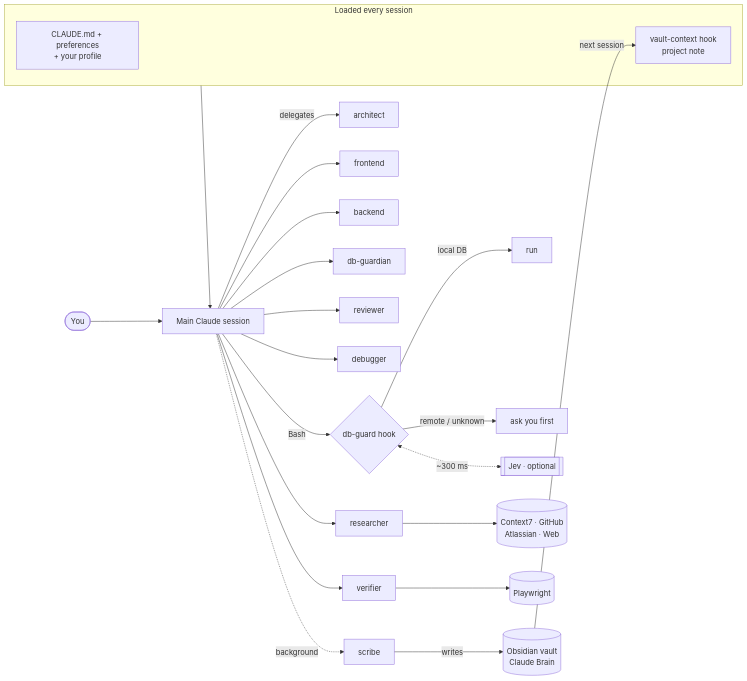
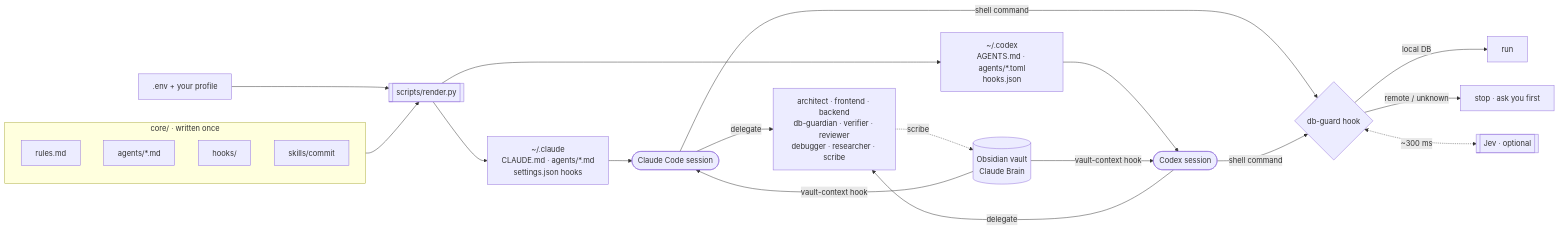
One commit to Dnowdd/My-AI-Agents-Architecture changed the first of 2 diagrams in README.md. Above: the diagram before and after it, drawn with Mermaid. The commit also changed other lines of this file, not shown here.

Commit message:
docs(readme): rename to my ai agents architecture and document codex support

````diff
--- a/README.md
+++ b/README.md
@@ -33,31 +35,26 @@
 ```mermaid
 flowchart LR
-    U([You]) --> M[Main Claude session]
+    subgraph Source["core/ · written once"]
+        R[rules.md]
+        AG[agents/*.md]
+        H[hooks/]
+        SK[skills/commit]
+    end
+    ENV[.env + your profile] --> RN
+    Source --> RN[[scripts/render.py]]
 
-    subgraph Context["Loaded every session"]
-        C[CLAUDE.md + preferences<br/>+ your profile]
-        V[vault-context hook<br/>project note]
-    end
-    Context --> M
+    RN --> CC["~/.claude<br/>CLAUDE.md · agents/*.md<br/>settings.json hooks"]
+    RN --> CX["~/.codex<br/>AGENTS.md · agents/*.toml<br/>hooks.json"]
 
-    M -->|delegates| A[architect]
-    M --> F[frontend]
-    M --> B[backend]
-    M --> D[db-guardian]
-    M --> VE[verifier]
-    M --> R[reviewer]
-    M --> DB[debugger]
-    M --> RS[researcher]
-    M -.->|background| S[scribe]
+    CC --> S1([Claude Code session])
+    CX --> S2([Codex session])
 
-    S -->|writes| OB[(Obsidian vault<br/>Claude Brain)]
-    OB -->|next session| V
+    S1 & S2 -->|delegate| SUB[architect · frontend · backend<br/>db-guardian · verifier · reviewer<br/>debugger · researcher · scribe]
+    SUB -.->|scribe| OB[(Obsidian vault<br/>Claude Brain)]
+    OB -->|vault-context hook| S1 & S2
 
-    M -->|Bash| G{db-guard hook}
+    S1 & S2 -->|shell command| G{db-guard hook}
     G -->|local DB| OK[run]
-    G -->|remote / unknown| ASK[ask you first]
+    G -->|remote / unknown| ASK[stop · ask you first]
     G <-.->|~300 ms| J[[Jev · optional]]
-
-    RS --> MCP[(Context7 · GitHub<br/>Atlassian · Web)]
-    VE --> PW[(Playwright)]
 ```
````
